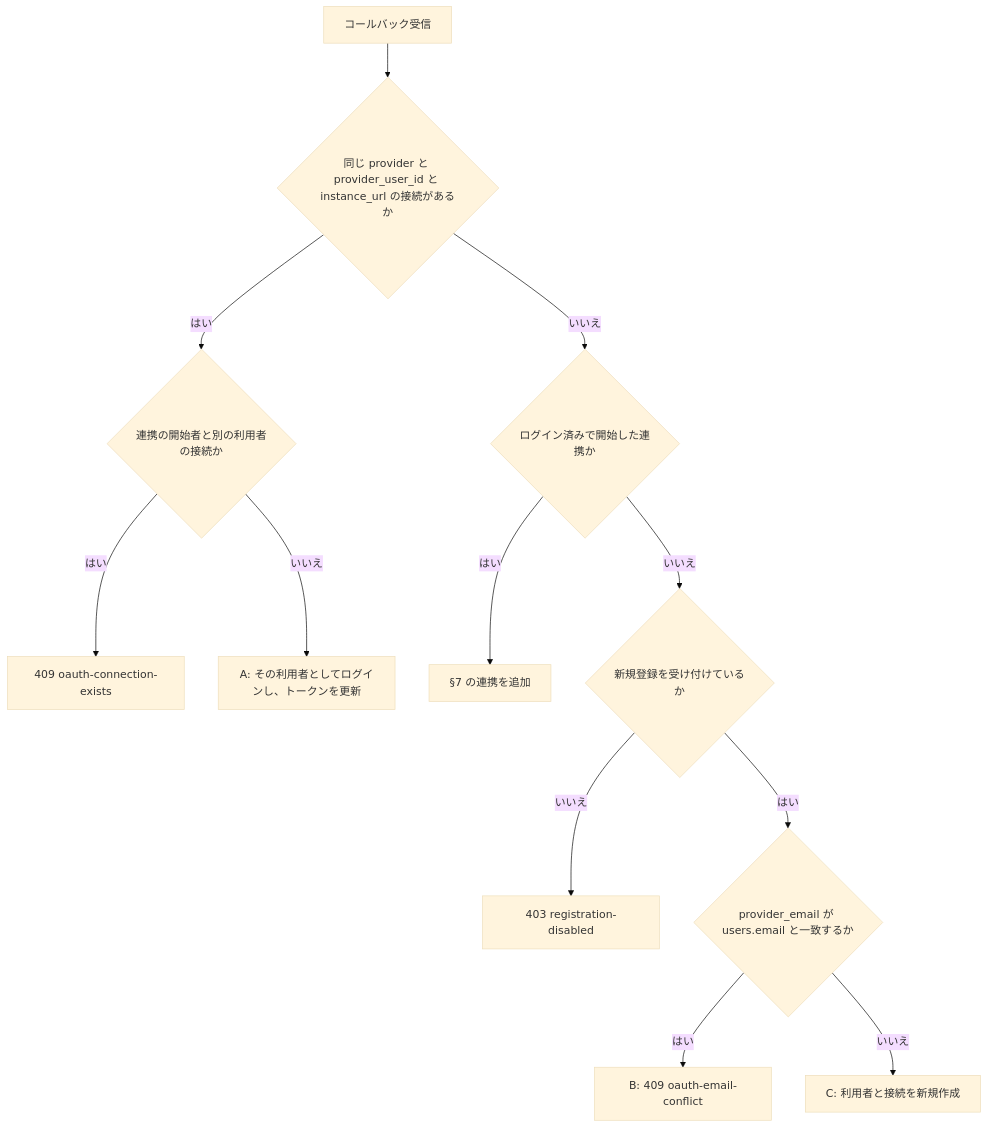
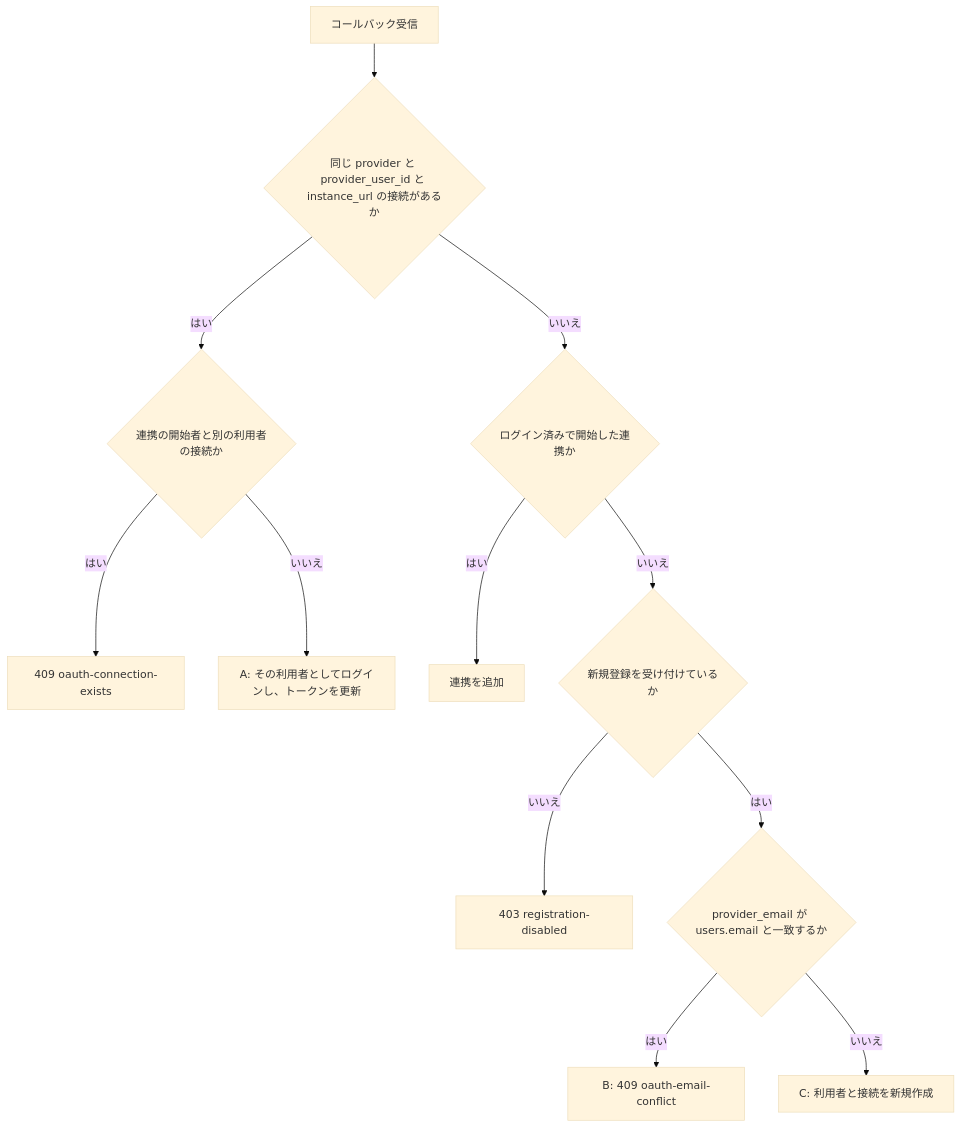
Before and after one commit to koyori-app/task: the third of 3 diagrams in docs/features/auth-oauth.md, drawn with Mermaid (base theme). The commit also changed other lines of this file and 4 other files, not shown here.

````diff
--- a/docs/features/auth-oauth.md
+++ b/docs/features/auth-oauth.md
@@ -227,14 +162,14 @@
 ```mermaid
 flowchart TD
     start["コールバック受信"] --> found{"同じ provider と provider_user_id と instance_url の接続があるか"}
     found -- はい --> sameuser{"連携の開始者と別の利用者の接続か"}
     sameuser -- はい --> conflict1["409 oauth-connection-exists"]
     sameuser -- いいえ --> a["A: その利用者としてログインし、トークンを更新"]
     found -- いいえ --> link{"ログイン済みで開始した連携か"}
-    link -- はい --> linked["§7 の連携を追加"]
+    link -- はい --> linked["連携を追加"]
     link -- いいえ --> reg{"新規登録を受け付けているか"}
     reg -- いいえ --> disabled["403 registration-disabled"]
     reg -- はい --> email{"provider_email が users.email と一致するか"}
     email -- はい --> b["B: 409 oauth-email-conflict"]
     email -- いいえ --> c["C: 利用者と接続を新規作成"]
 ```
````
